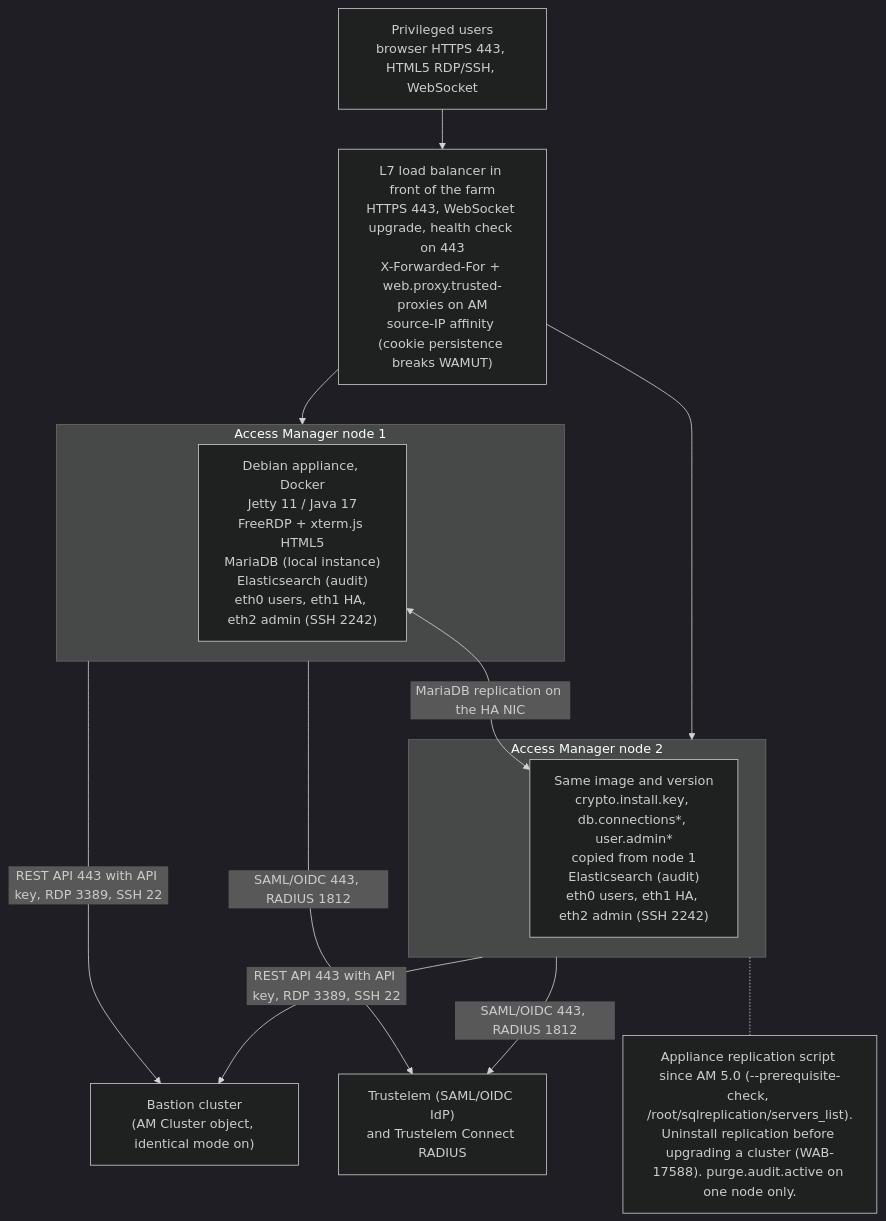
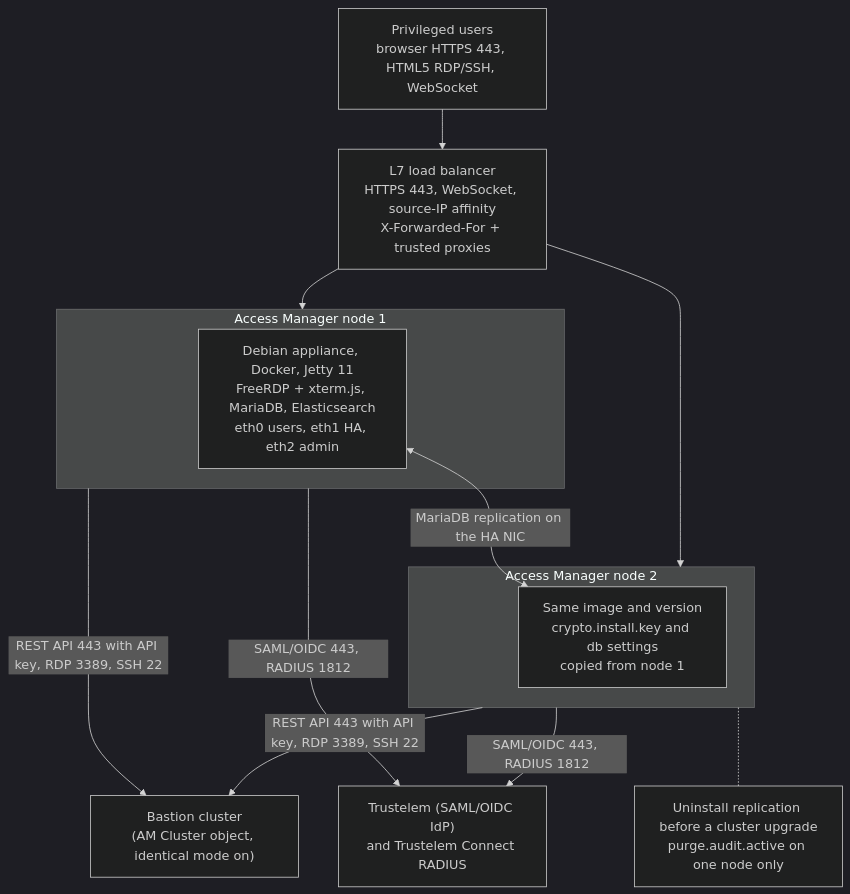
Before and after one commit to morandeirachema/Trustelem-: the sixth of 7 diagrams in docs/trustelem-bastion-access-manager-architecture.md, drawn with Mermaid (dark theme). The commit also changed other lines of this file and 8 other files, not shown here.

Commit message:
Shorten Mermaid labels to stop boxes overlapping text

````diff
--- a/docs/trustelem-bastion-access-manager-architecture.md
+++ b/docs/trustelem-bastion-access-manager-architecture.md
@@ -540,23 +539,23 @@
 ```mermaid
 flowchart TB
     USERS["Privileged users<br/>browser HTTPS 443, HTML5 RDP/SSH, WebSocket"]
-    LB["L7 load balancer in front of the farm<br/>HTTPS 443, WebSocket upgrade, health check on 443<br/>X-Forwarded-For + web.proxy.trusted-proxies on AM<br/>source-IP affinity (cookie persistence breaks WAMUT)"]
+    LB["L7 load balancer<br/>HTTPS 443, WebSocket, source-IP affinity<br/>X-Forwarded-For + trusted proxies"]
     subgraph AM1["Access Manager node 1"]
-        AM1A["Debian appliance, Docker<br/>Jetty 11 / Java 17<br/>FreeRDP + xterm.js HTML5<br/>MariaDB (local instance)<br/>Elasticsearch (audit)<br/>eth0 users, eth1 HA, eth2 admin (SSH 2242)"]
+        AM1A["Debian appliance, Docker, Jetty 11<br/>FreeRDP + xterm.js, MariaDB, Elasticsearch<br/>eth0 users, eth1 HA, eth2 admin"]
     end
     subgraph AM2["Access Manager node 2"]
-        AM2A["Same image and version<br/>crypto.install.key, db.connections*, user.admin*<br/>copied from node 1<br/>Elasticsearch (audit)<br/>eth0 users, eth1 HA, eth2 admin (SSH 2242)"]
+        AM2A["Same image and version<br/>crypto.install.key and db settings<br/>copied from node 1"]
     end
     BC["Bastion cluster<br/>(AM Cluster object, identical mode on)"]
     TR["Trustelem (SAML/OIDC IdP)<br/>and Trustelem Connect RADIUS"]
     USERS --> LB
     LB --> AM1
     LB --> AM2
     AM1A <-->|MariaDB replication on the HA NIC| AM2A
     AM1 -->|REST API 443 with API key, RDP 3389, SSH 22| BC
     AM2 -->|REST API 443 with API key, RDP 3389, SSH 22| BC
     AM1 -->|SAML/OIDC 443, RADIUS 1812| TR
     AM2 -->|SAML/OIDC 443, RADIUS 1812| TR
-    NOTE["Appliance replication script since AM 5.0 (--prerequisite-check, /root/sqlreplication/servers_list).<br/>Uninstall replication before upgrading a cluster (WAB-17588). purge.audit.active on one node only."]
+    NOTE["Uninstall replication before a cluster upgrade<br/>purge.audit.active on one node only"]
     AM2 -.- NOTE
 ```
````
